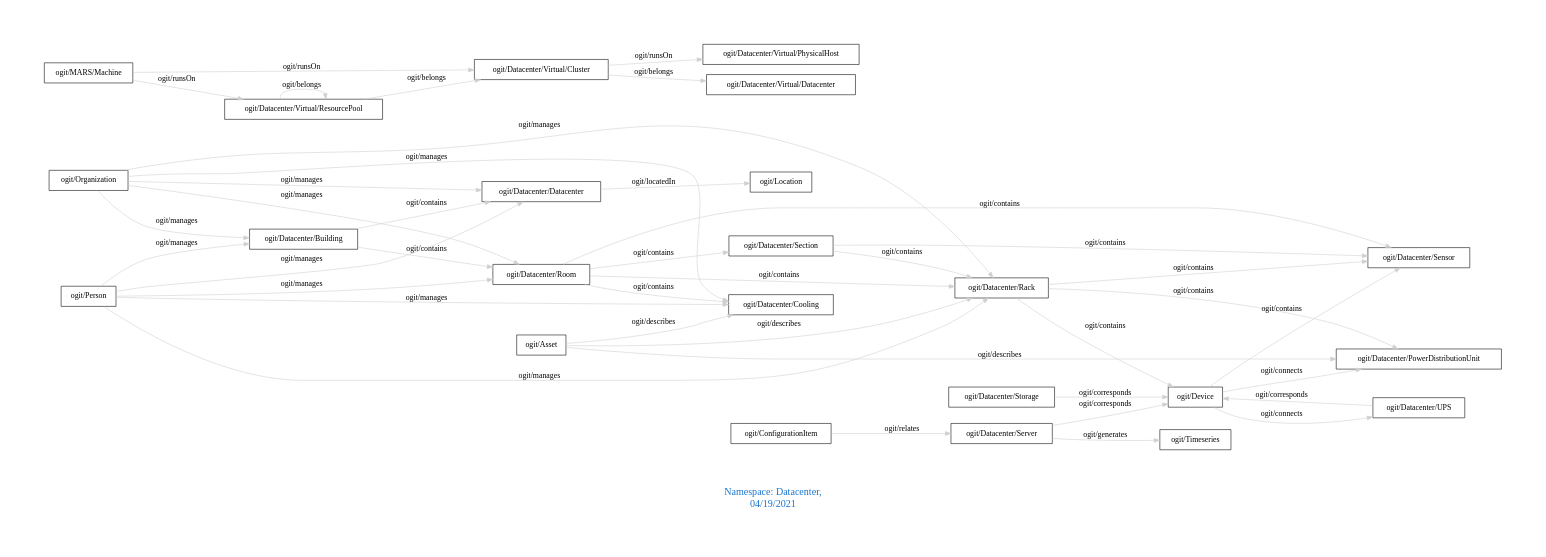
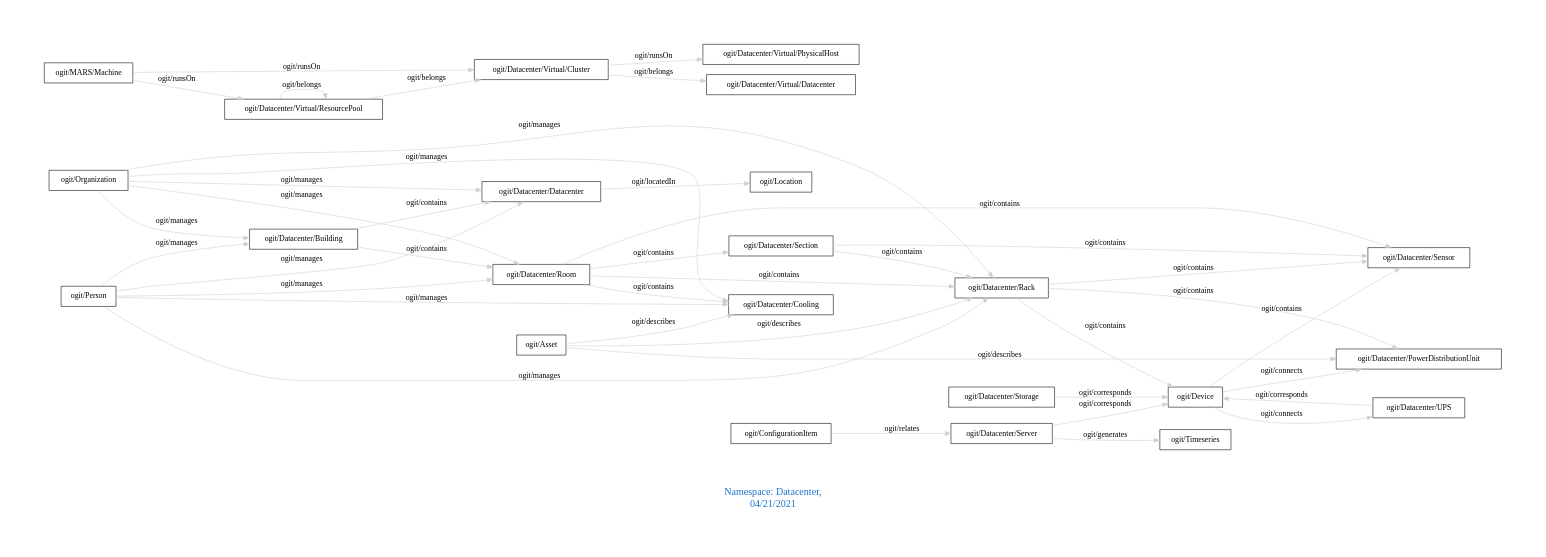
Before and after one commit to arago/OGIT: the diagram in downloads/Datacenter.dot, drawn with Graphviz. The commit also changed 1868 other files, not shown here.

```diff
--- a/downloads/Datacenter.dot
+++ b/downloads/Datacenter.dot
@@ -1,47 +1,47 @@
 digraph OGIT_ontology {
  graph [ rankdir= LR,pad=1 
 fontsize = 18,
-fontcolor= dodgerblue3,label = "\n\n\nNamespace: Datacenter, \n 04/19/2021"];
+fontcolor= dodgerblue3,label = "\n\n\nNamespace: Datacenter, \n 04/21/2021"];
 node[shape=polygon];
 edge [  color="gray81"];
 
    "ogit/Datacenter/Building" -> "ogit/Datacenter/Datacenter" [label="   ogit/contains    "];
    "ogit/Datacenter/Building" -> "ogit/Datacenter/Room" [label="   ogit/contains    "];
    "ogit/Datacenter/Rack" -> "ogit/Datacenter/Sensor" [label="   ogit/contains    "];
    "ogit/Datacenter/Rack" -> "ogit/Datacenter/PowerDistributionUnit" [label="   ogit/contains    "];
    "ogit/Datacenter/Rack" -> "ogit/Device" [label="   ogit/contains    "];
    "ogit/Datacenter/Room" -> "ogit/Datacenter/Rack" [label="   ogit/contains    "];
    "ogit/Datacenter/Room" -> "ogit/Datacenter/Cooling" [label="   ogit/contains    "];
    "ogit/Datacenter/Room" -> "ogit/Datacenter/Sensor" [label="   ogit/contains    "];
    "ogit/Datacenter/Room" -> "ogit/Datacenter/Section" [label="   ogit/contains    "];
    "ogit/Datacenter/Section" -> "ogit/Datacenter/Sensor" [label="   ogit/contains    "];
    "ogit/Datacenter/Section" -> "ogit/Datacenter/Rack" [label="   ogit/contains    "];
    "ogit/Device" -> "ogit/Datacenter/Sensor" [label="   ogit/contains    "];
    "ogit/Organization" -> "ogit/Datacenter/Room" [label="   ogit/manages    "];
    "ogit/Organization" -> "ogit/Datacenter/Rack" [label="   ogit/manages    "];
    "ogit/Organization" -> "ogit/Datacenter/Datacenter" [label="   ogit/manages    "];
    "ogit/Organization" -> "ogit/Datacenter/Cooling" [label="   ogit/manages    "];
    "ogit/Organization" -> "ogit/Datacenter/Building" [label="   ogit/manages    "];
    "ogit/Person" -> "ogit/Datacenter/Room" [label="   ogit/manages    "];
    "ogit/Person" -> "ogit/Datacenter/Rack" [label="   ogit/manages    "];
    "ogit/Person" -> "ogit/Datacenter/Datacenter" [label="   ogit/manages    "];
    "ogit/Person" -> "ogit/Datacenter/Cooling" [label="   ogit/manages    "];
    "ogit/Person" -> "ogit/Datacenter/Building" [label="   ogit/manages    "];
    "ogit/Datacenter/Virtual/Cluster" -> "ogit/Datacenter/Virtual/PhysicalHost" [label="   ogit/runsOn    "];
    "ogit/MARS/Machine" -> "ogit/Datacenter/Virtual/Cluster" [label="   ogit/runsOn    "];
    "ogit/MARS/Machine" -> "ogit/Datacenter/Virtual/ResourcePool" [label="   ogit/runsOn    "];
    "ogit/Datacenter/Server" -> "ogit/Timeseries" [label="   ogit/generates    "];
    "ogit/Asset" -> "ogit/Datacenter/Rack" [label="   ogit/describes    "];
    "ogit/Asset" -> "ogit/Datacenter/PowerDistributionUnit" [label="   ogit/describes    "];
    "ogit/Asset" -> "ogit/Datacenter/Cooling" [label="   ogit/describes    "];
    "ogit/Device" -> "ogit/Datacenter/PowerDistributionUnit" [label="   ogit/connects    "];
    "ogit/Device" -> "ogit/Datacenter/UPS" [label="   ogit/connects    "];
    "ogit/Datacenter/Datacenter" -> "ogit/Location" [label="   ogit/locatedIn    "];
    "ogit/Datacenter/Server" -> "ogit/Device" [label="   ogit/corresponds    "];
    "ogit/Datacenter/Storage" -> "ogit/Device" [label="   ogit/corresponds    "];
    "ogit/Datacenter/UPS" -> "ogit/Device" [label="   ogit/corresponds    "];
    "ogit/Datacenter/Virtual/Cluster" -> "ogit/Datacenter/Virtual/Datacenter" [label="   ogit/belongs    "];
    "ogit/Datacenter/Virtual/ResourcePool" -> "ogit/Datacenter/Virtual/Cluster" [label="   ogit/belongs    "];
    "ogit/ConfigurationItem" -> "ogit/Datacenter/Server" [label="   ogit/relates    "];
    "ogit/Datacenter/Virtual/ResourcePool" -> "ogit/Datacenter/Virtual/ResourcePool" [label="   ogit/belongs    "];
 }
```
